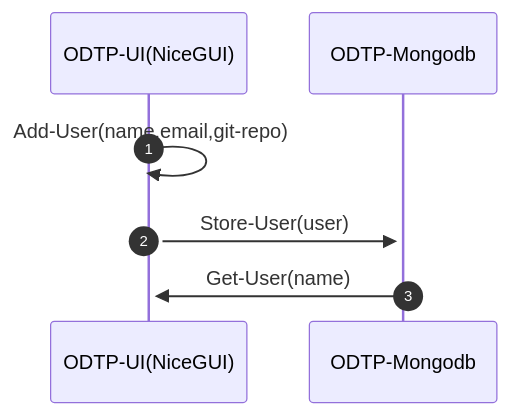
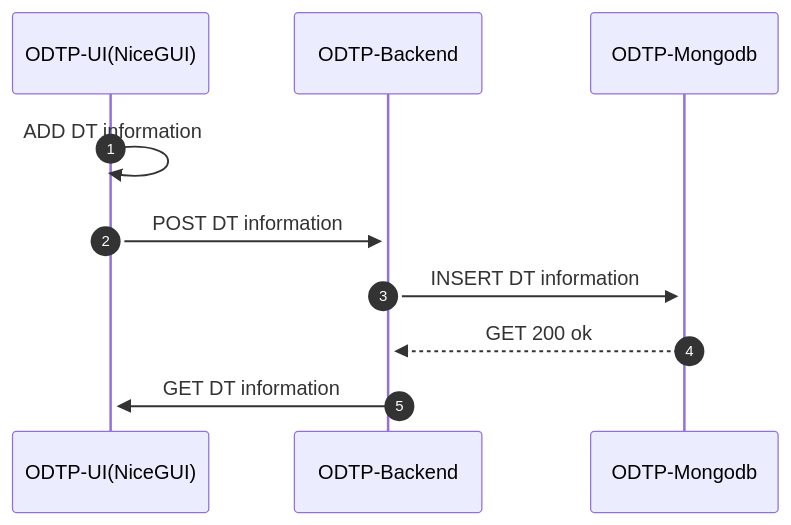
Before and after one commit to odtp-org/odtp-manuals: the third of 6 diagrams in docs/odtp_diagrams.md, drawn with Mermaid. The commit also changed other lines of this file, not shown here.

Commit message:
update sequence diagram

````diff
--- a/docs/odtp_diagrams.md
+++ b/docs/odtp_diagrams.md
@@ -44,7 +45,9 @@
 ``` mermaid
 sequenceDiagram
   autonumber
-   ODTP-UI(NiceGUI)->>+ODTP-UI(NiceGUI): Add-User(name,email,git-repo)
-   ODTP-UI(NiceGUI)->>+ODTP-Mongodb: Store-User(user)
-   ODTP-Mongodb->>+ODTP-UI(NiceGUI): Get-User(name)
+   ODTP-UI(NiceGUI)->>+ODTP-UI(NiceGUI): ADD DT information
+   ODTP-UI(NiceGUI)->>+ODTP-Backend: POST DT information
+   ODTP-Backend->>+ODTP-Mongodb: INSERT DT information
+   ODTP-Mongodb-->>+ODTP-Backend: GET 200 ok
+   ODTP-Backend->>+ODTP-UI(NiceGUI): GET DT information
 ```
````
